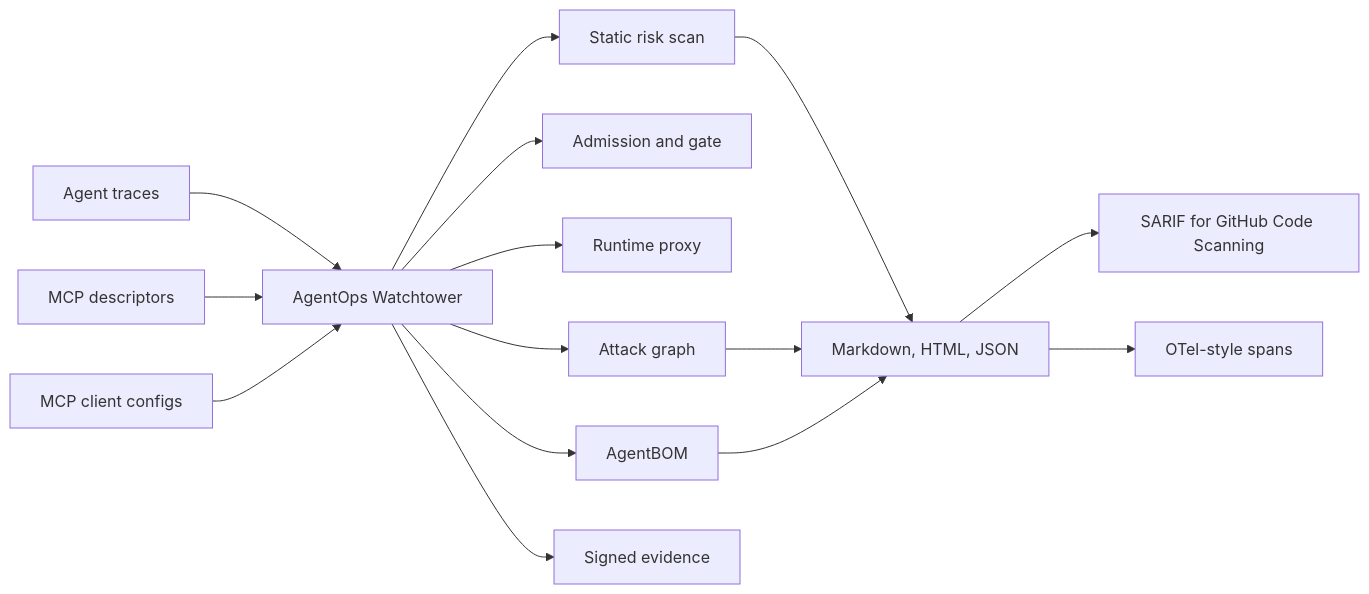
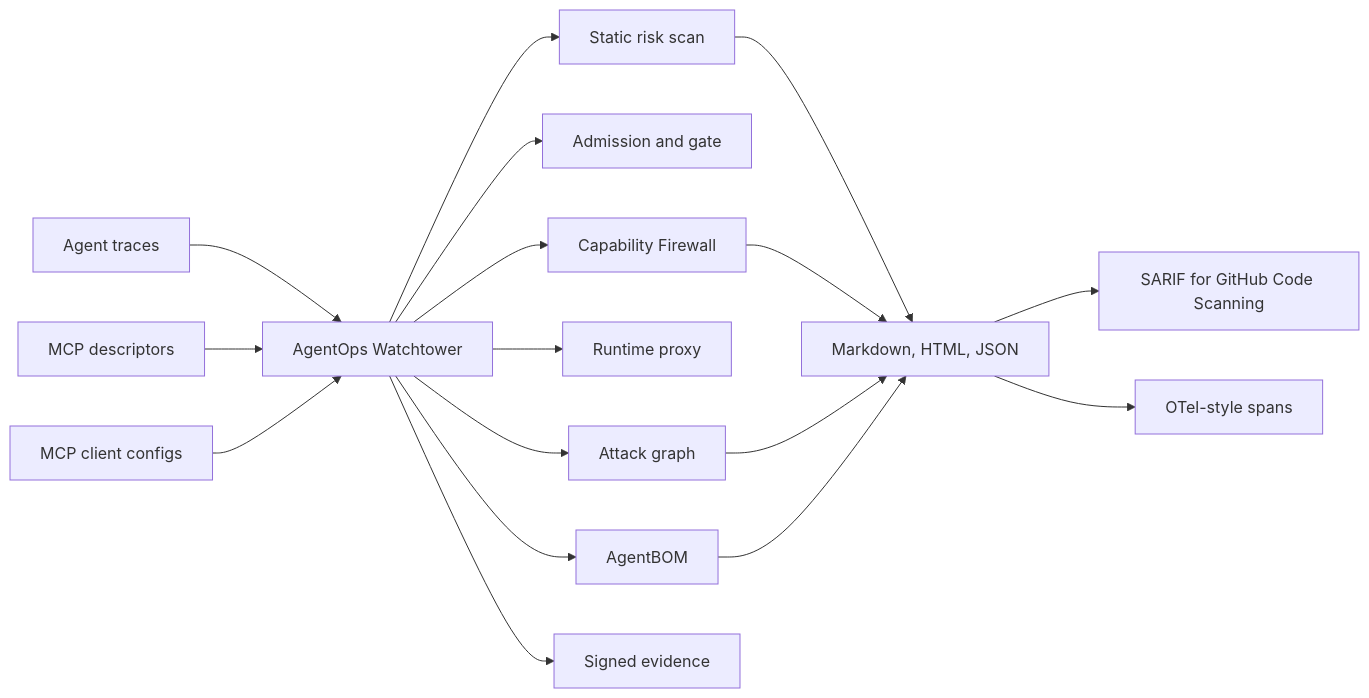
One commit to Gowrav-M/agentops-watchtower changed the diagram in README.md. Above: the diagram before and after it, drawn with Mermaid. The commit also changed other lines of this file and 27 other files, not shown here.

Commit message:
feat: add capability firewall

````diff
--- a/README.md
+++ b/README.md
@@ -88,17 +93,19 @@
 ```mermaid
 flowchart LR
   A["Agent traces"] --> W["AgentOps Watchtower"]
   C["MCP descriptors"] --> W
   M["MCP client configs"] --> W
   W --> S["Static risk scan"]
   W --> G["Admission and gate"]
+  W --> F["Capability Firewall"]
   W --> P["Runtime proxy"]
   W --> R["Attack graph"]
   W --> B["AgentBOM"]
   W --> E["Signed evidence"]
   S --> O["Markdown, HTML, JSON"]
+  F --> O
   R --> O
   B --> O
   O --> CI["SARIF for GitHub Code Scanning"]
   O --> OT["OTel-style spans"]
 ```
````
